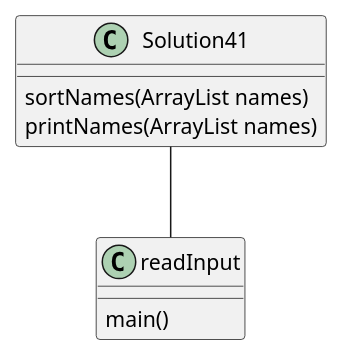
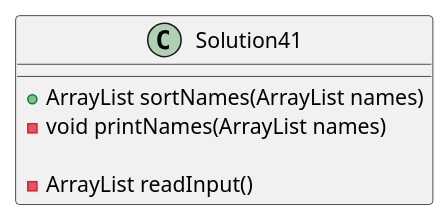
The diagram in exercise41/docs/exercise41.puml (azoomer2/zommer-a04), drawn with PlantUML before and after one commit. The commit also changed 5 other files, not shown here.

```diff
--- a/exercise41/docs/exercise41.puml
+++ b/exercise41/docs/exercise41.puml
@@ -1,23 +1,19 @@
 @startuml
 
 class Solution41{
 
 
-    sortNames(ArrayList names)
-    printNames(ArrayList names)
+    +ArrayList sortNames(ArrayList names)
+    -void printNames(ArrayList names)
+
+    -ArrayList readInput()
+
+
+
+}
 
 
 
 
 
-}
-
-class readInput{
-
-    main()
-}
-
-Solution41 -- readInput
-
-
 @enduml
```
